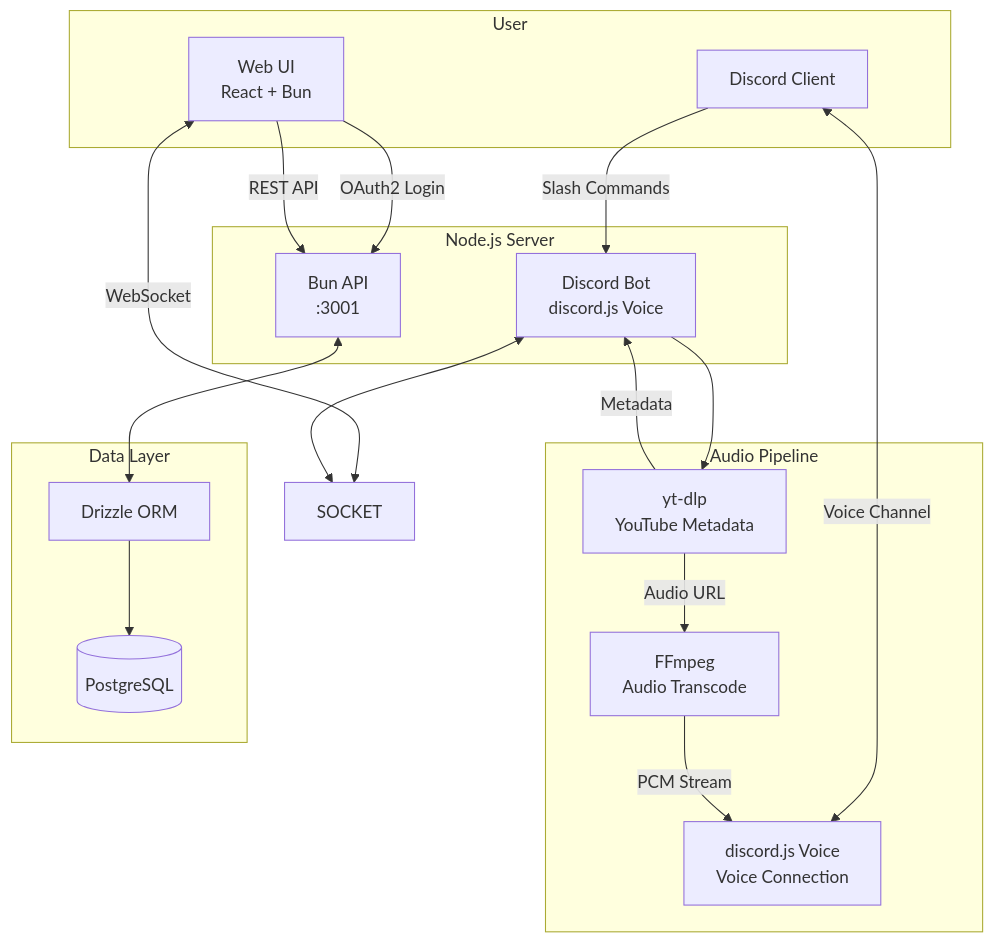
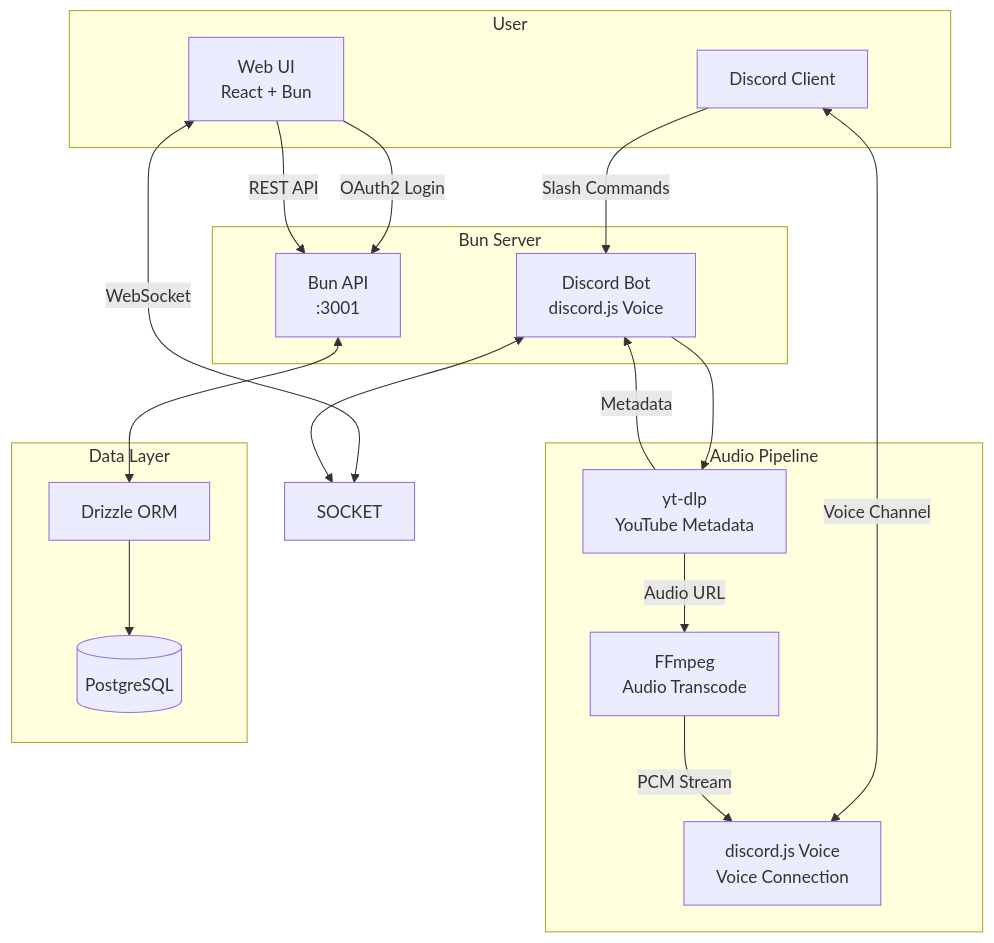
The diagram in docs/tech-stack.md (ebears/alfira-bot), drawn with Mermaid before and after one commit. The commit also changed other lines of this file and 7 other files, not shown here.

First line of the commit message:
refactor: switch from Node.js to Bun

````diff
--- a/docs/tech-stack.md
+++ b/docs/tech-stack.md
@@ -18,43 +18,43 @@
 ```mermaid
 flowchart TB
     subgraph User
         WEB[Web UI<br/>React + Bun]
         DISC[Discord Client]
     end
 
-    subgraph Server["Node.js Server"]
+    subgraph Server["Bun Server"]
         API[Bun API<br/>:3001]
         BOT[Discord Bot<br/>discord.js Voice]
     end
 
     subgraph Audio["Audio Pipeline"]
         YTDLP[yt-dlp<br/>YouTube Metadata]
         FF[FFmpeg<br/>Audio Transcode]
         VOICE[discord.js Voice<br/>Voice Connection]
     end
 
     subgraph Data["Data Layer"]
         DRIZZLE[Drizzle ORM]
         PG[(PostgreSQL)]
     end
 
     %% User interactions
     WEB -->|OAuth2 Login| API
     WEB -->|REST API| API
     WEB <-->|WebSocket| SOCKET
     DISC -->|Slash Commands| BOT
     DISC <-->|Voice Channel| VOICE
 
     %% Server internal
     API <--> DRIZZLE
     BOT <--> SOCKET
 
     %% Audio pipeline
     YTDLP -->|Metadata| BOT
     YTDLP -->|Audio URL| FF
     FF -->|PCM Stream| VOICE
     BOT --> YTDLP
 
     %% Database
     DRIZZLE --> PG
 ```
````
